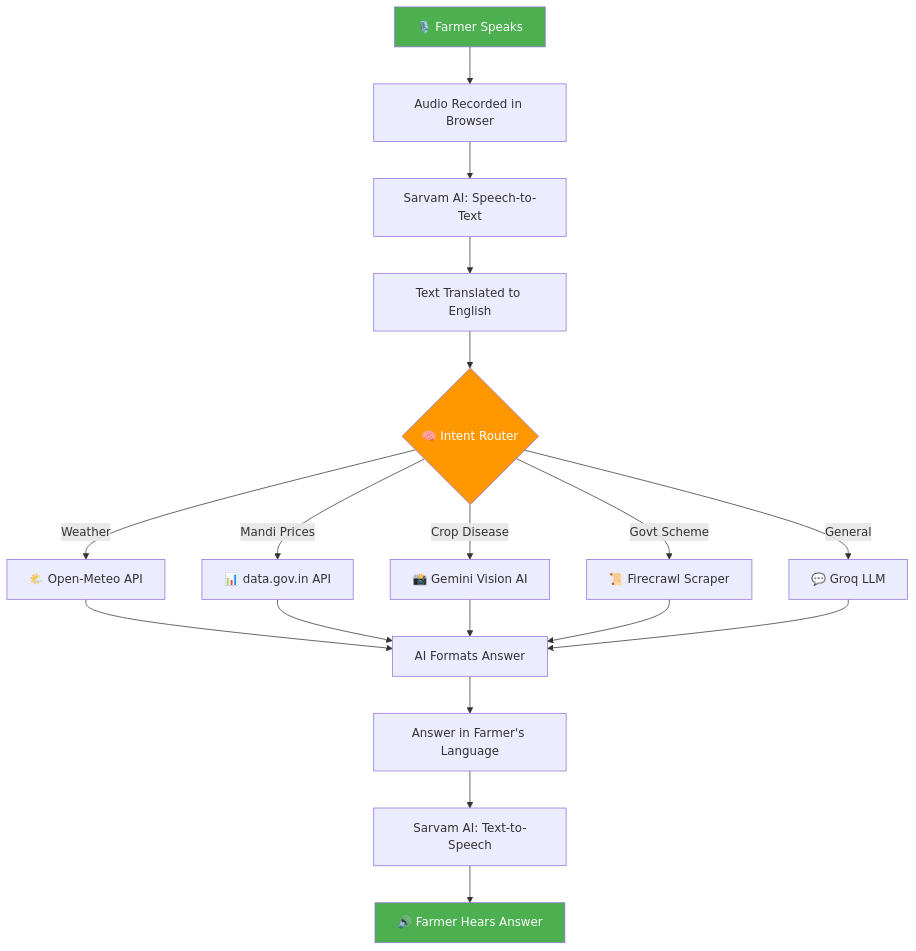
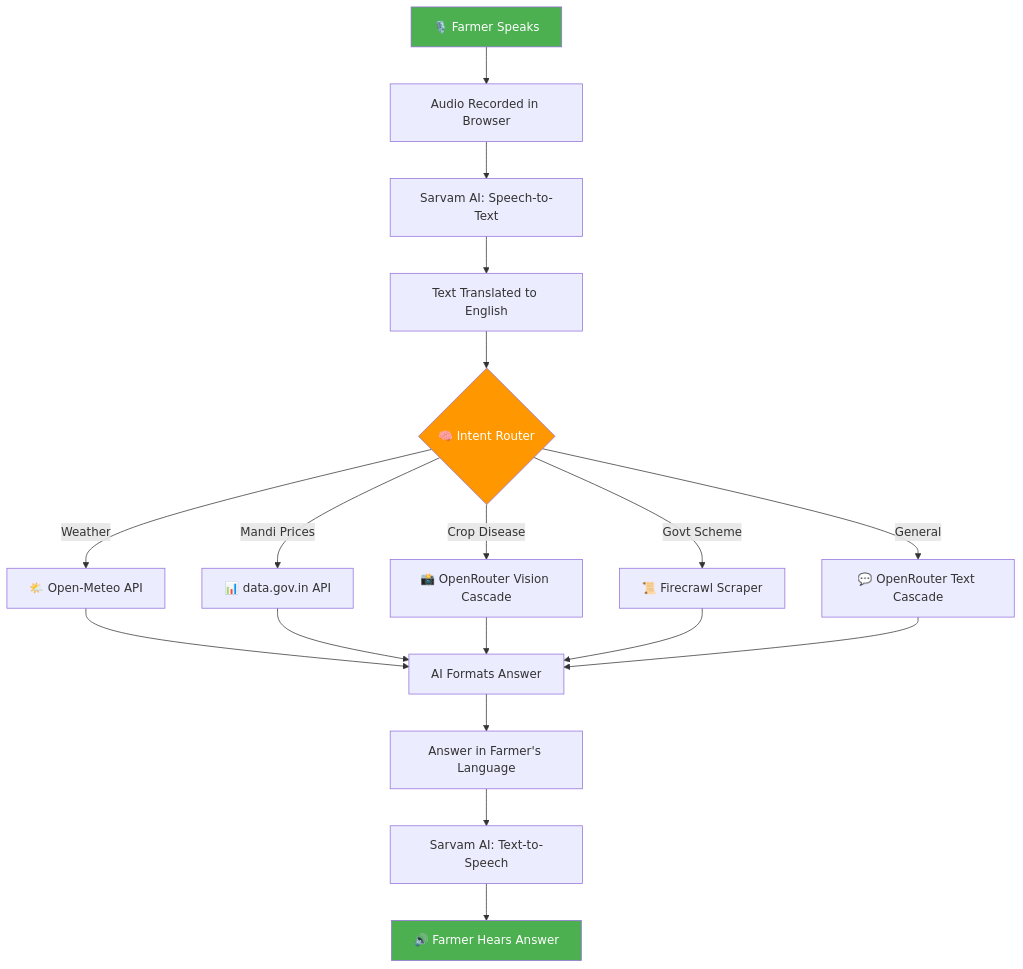
The diagram in README.md (Satyam2006chh/KisaanVaani--AI), drawn with Mermaid before and after one commit. The commit also changed other lines of this file and 24 other files, not shown here.

````diff
--- a/README.md
+++ b/README.md
@@ -263,27 +263,27 @@
 ```mermaid
 graph TD
     A[🎙️ Farmer Speaks] --> B[Audio Recorded in Browser]
     B --> C[Sarvam AI: Speech-to-Text]
     C --> D[Text Translated to English]
     D --> E{🧠 Intent Router}
     
     E -->|Weather| F[🌤️ Open-Meteo API]
     E -->|Mandi Prices| G[📊 data.gov.in API]
-    E -->|Crop Disease| H[📸 Gemini Vision AI]
+    E -->|Crop Disease| H[📸 OpenRouter Vision Cascade]
     E -->|Govt Scheme| I[📜 Firecrawl Scraper]
-    E -->|General| J[💬 Groq LLM]
+    E -->|General| J[💬 OpenRouter Text Cascade]
     
     F --> K[AI Formats Answer]
     G --> K
     H --> K
     I --> K
     J --> K
     
     K --> L[Answer in Farmer's Language]
     L --> M[Sarvam AI: Text-to-Speech]
     M --> N[🔊 Farmer Hears Answer]
     
     style A fill:#4CAF50,color:#fff
     style N fill:#4CAF50,color:#fff
     style E fill:#FF9800,color:#fff
 ```
````
